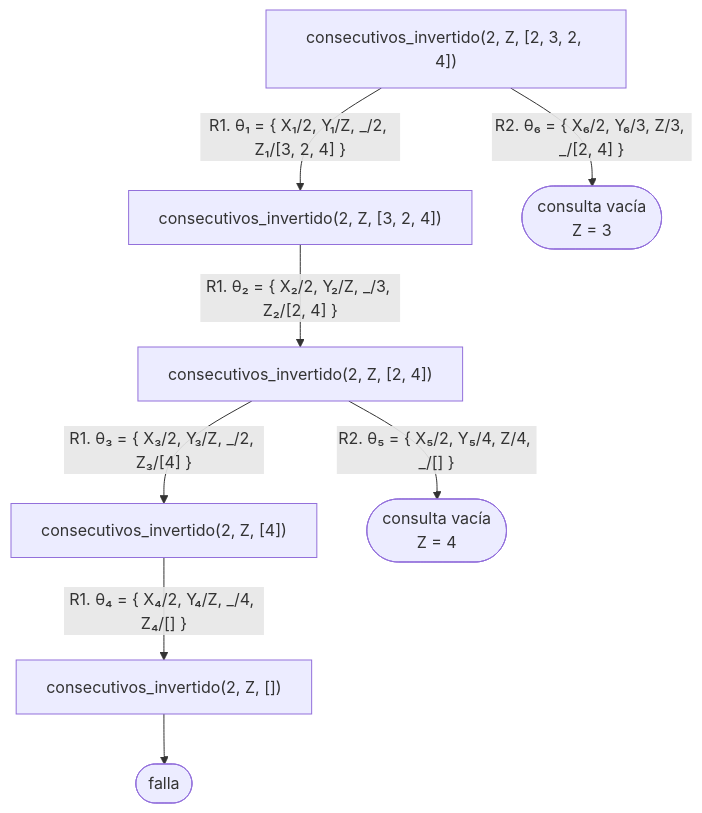
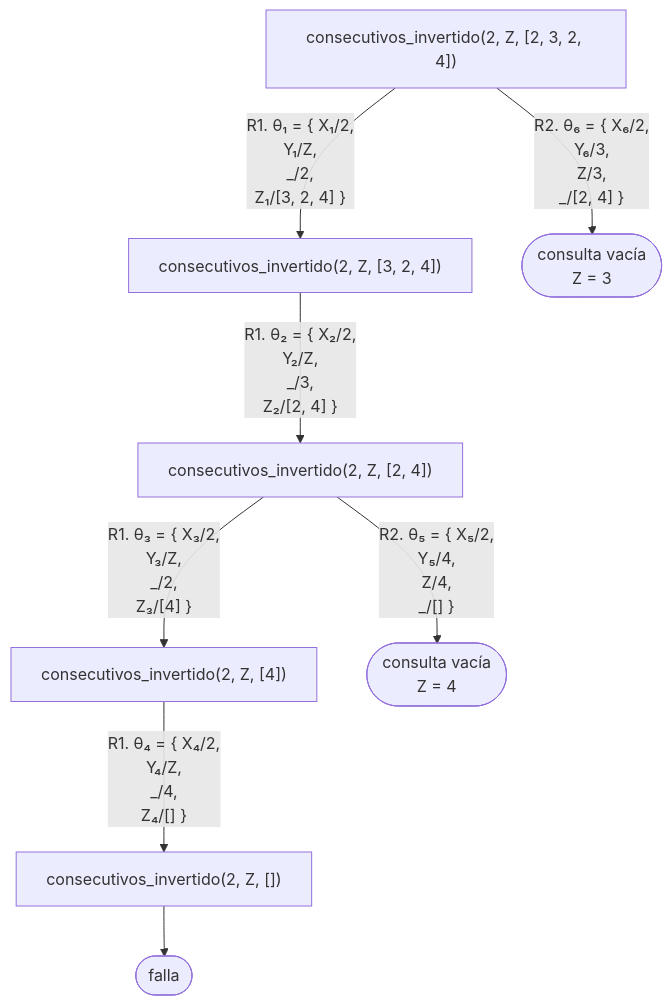
One commit to CesarBallardini/curso-de-prolog changed the fourth of 4 diagrams in docs/capitulo-13-prolog-y-la-logica/evaluacion.md. Above: the diagram before and after it, drawn with Mermaid. The commit also changed other lines of this file and 24 other files, not shown here.

First line of the commit message:
feat(docs): botones para ocultar las columnas laterales y etiquetas cortas en los diagramas

````diff
--- a/docs/capitulo-13-prolog-y-la-logica/evaluacion.md
+++ b/docs/capitulo-13-prolog-y-la-logica/evaluacion.md
@@ -288,11 +288,11 @@
 ```mermaid
 %%{init: {"flowchart": {"wrappingWidth": 300}}}%%
 flowchart TD
-    A["consecutivos_invertido(2, Z, [2, 3, 2, 4])"] -- "R1. θ₁ = {&nbsp;X₁/2, Y₁/Z, _/2, Z₁/[3, 2, 4]&nbsp;}" --> C["consecutivos_invertido(2, Z, [3, 2, 4])"]
-    C -- "R1. θ₂ = {&nbsp;X₂/2, Y₂/Z, _/3, Z₂/[2, 4]&nbsp;}" --> D["consecutivos_invertido(2, Z, [2, 4])"]
-    D -- "R1. θ₃ = {&nbsp;X₃/2, Y₃/Z, _/2, Z₃/[4]&nbsp;}" --> F["consecutivos_invertido(2, Z, [4])"]
-    F -- "R1. θ₄ = {&nbsp;X₄/2, Y₄/Z, _/4, Z₄/[]&nbsp;}" --> G["consecutivos_invertido(2, Z, [])"]
+    A["consecutivos_invertido(2, Z, [2, 3, 2, 4])"] -- "R1. θ₁ = {&nbsp;X₁/2,<br/>Y₁/Z,<br/>_/2,<br/>Z₁/[3, 2, 4]&nbsp;}" --> C["consecutivos_invertido(2, Z, [3, 2, 4])"]
+    C -- "R1. θ₂ = {&nbsp;X₂/2,<br/>Y₂/Z,<br/>_/3,<br/>Z₂/[2, 4]&nbsp;}" --> D["consecutivos_invertido(2, Z, [2, 4])"]
+    D -- "R1. θ₃ = {&nbsp;X₃/2,<br/>Y₃/Z,<br/>_/2,<br/>Z₃/[4]&nbsp;}" --> F["consecutivos_invertido(2, Z, [4])"]
+    F -- "R1. θ₄ = {&nbsp;X₄/2,<br/>Y₄/Z,<br/>_/4,<br/>Z₄/[]&nbsp;}" --> G["consecutivos_invertido(2, Z, [])"]
     G --> H(["falla"])
-    D -- "R2. θ₅ = {&nbsp;X₅/2, Y₅/4, Z/4, _/[]&nbsp;}" --> E(["consulta vacía<br/>Z = 4"])
-    A -- "R2. θ₆ = {&nbsp;X₆/2, Y₆/3, Z/3, _/[2, 4]&nbsp;}" --> B(["consulta vacía<br/>Z = 3"])
+    D -- "R2. θ₅ = {&nbsp;X₅/2,<br/>Y₅/4,<br/>Z/4,<br/>_/[]&nbsp;}" --> E(["consulta vacía<br/>Z = 4"])
+    A -- "R2. θ₆ = {&nbsp;X₆/2,<br/>Y₆/3,<br/>Z/3,<br/>_/[2, 4]&nbsp;}" --> B(["consulta vacía<br/>Z = 3"])
 ```
````
